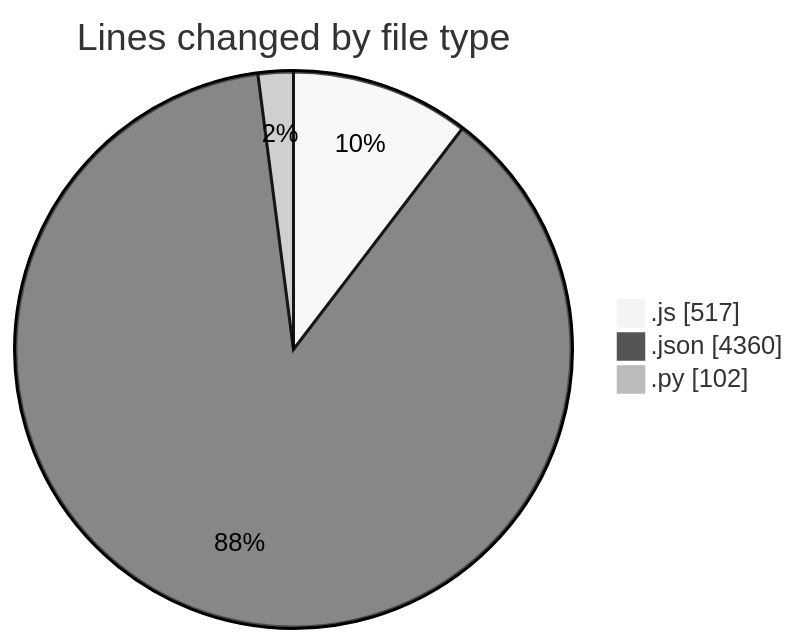
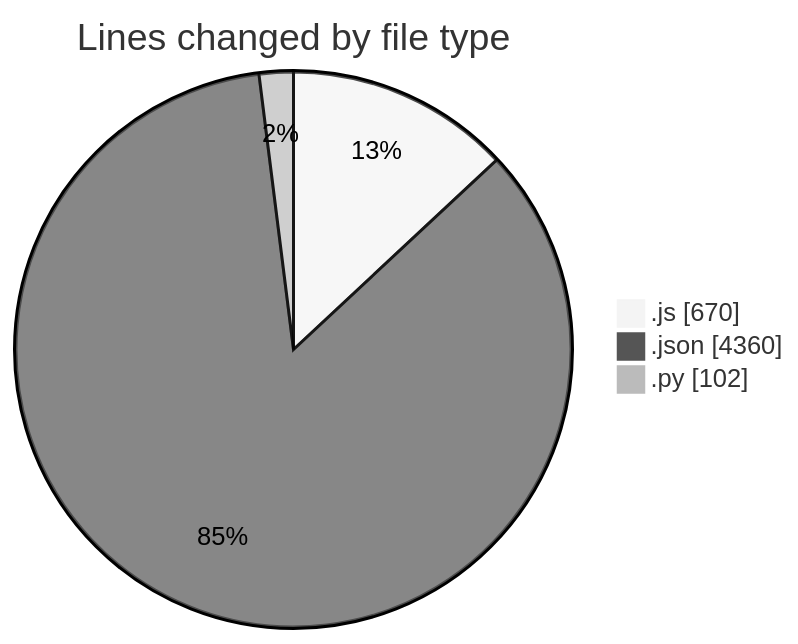
The first of 2 diagrams in 2025-04-09/nxtqube_webapp/README.md (nxtqubesakshisongat/code-tracking), drawn with Mermaid (neutral theme) before and after one commit. The commit also changed other lines of this file and 1 other file, not shown here.

````diff
--- a/2025-04-09/nxtqube_webapp/README.md
+++ b/2025-04-09/nxtqube_webapp/README.md
@@ -24,7 +24,7 @@
 ```mermaid
 pie showData
 title Lines changed by file type
-".js" : 517
+".js" : 670
 ".json" : 4360
 ".py" : 102
 ```
````
